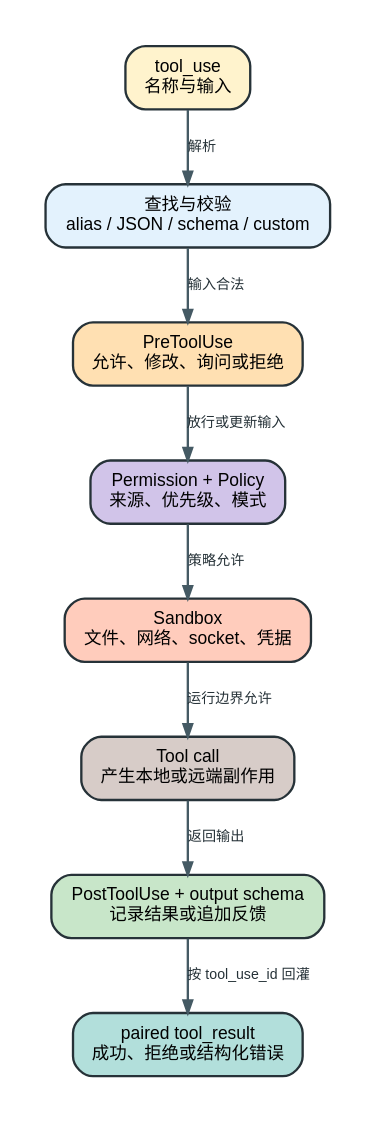
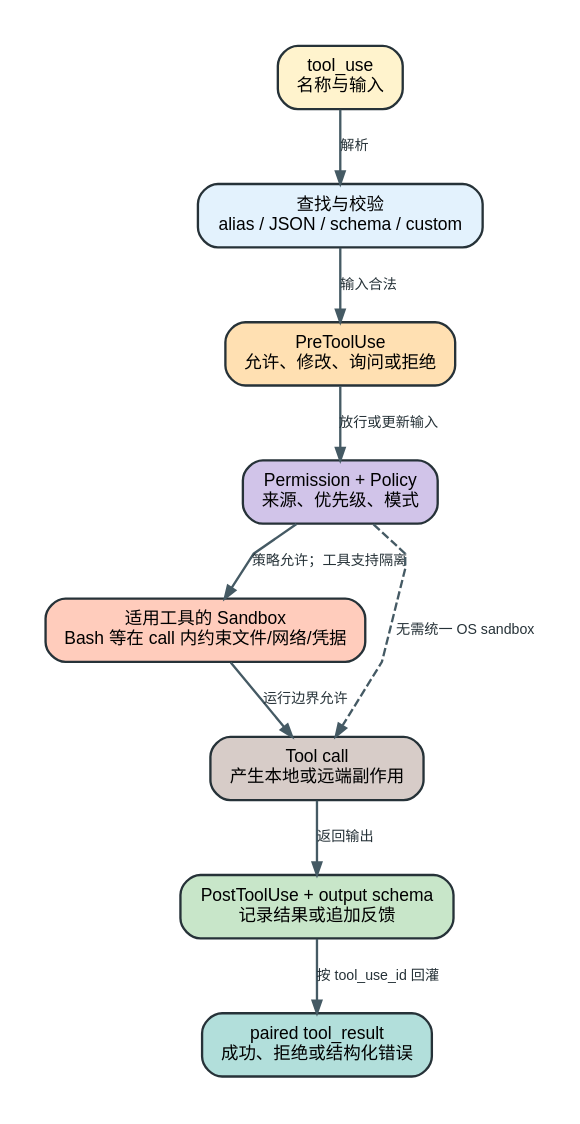
The diagram in analysis/visuals/tool-control-lifecycle.dot (SwallOwDili/claudecodecli-sourcecode), drawn with Graphviz before and after one commit. The commit also changed 36 other files, not shown here.

```diff
--- a/analysis/visuals/tool-control-lifecycle.dot
+++ b/analysis/visuals/tool-control-lifecycle.dot
@@ -1,22 +1,23 @@
 digraph tool_control_lifecycle {
   graph [rankdir=TB, bgcolor="#ffffff", pad="0.28", nodesep="0.27", ranksep="0.48", splines=polyline, fontname="Arial, PingFang SC, Microsoft YaHei"];
   node [shape=box, style="rounded,filled", color="#263238", penwidth=1.4, margin="0.15,0.10", fontname="Arial, PingFang SC, Microsoft YaHei", fontsize=10.5];
   edge [color="#455a64", penwidth=1.4, arrowsize=0.75, fontname="Arial, PingFang SC, Microsoft YaHei", fontsize=8.5, fontcolor="#263238"];
 
   call [label="tool_use\n名称与输入", fillcolor="#fff3cd"];
   validate [label="查找与校验\nalias / JSON / schema / custom", fillcolor="#e3f2fd"];
   pre [label="PreToolUse\n允许、修改、询问或拒绝", fillcolor="#ffe0b2"];
   permission [label="Permission + Policy\n来源、优先级、模式", fillcolor="#d1c4e9"];
-  sandbox [label="Sandbox\n文件、网络、socket、凭据", fillcolor="#ffccbc"];
+  sandbox [label="适用工具的 Sandbox\nBash 等在 call 内约束文件/网络/凭据", fillcolor="#ffccbc"];
   execute [label="Tool call\n产生本地或远端副作用", fillcolor="#d7ccc8"];
   post [label="PostToolUse + output schema\n记录结果或追加反馈", fillcolor="#c8e6c9"];
   result [label="paired tool_result\n成功、拒绝或结构化错误", fillcolor="#b2dfdb"];
 
   call -> validate [label="解析"];
   validate -> pre [label="输入合法"];
   pre -> permission [label="放行或更新输入"];
-  permission -> sandbox [label="策略允许"];
+  permission -> sandbox [label="策略允许；工具支持隔离"];
+  permission -> execute [label="无需统一 OS sandbox", style=dashed];
   sandbox -> execute [label="运行边界允许"];
   execute -> post [label="返回输出"];
   post -> result [label="按 tool_use_id 回灌"];
 }
```
